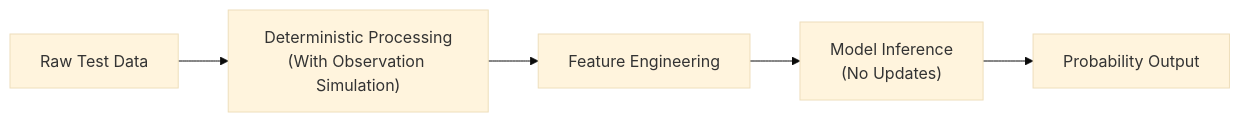
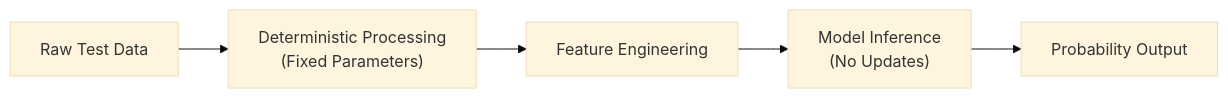
One commit to Pascal-Fortin/geoai_aquaculture changed the tenth of 10 diagrams in docs/architecture/training_pipeline.md. Above: the diagram before and after it, drawn with Mermaid (base theme). The commit also changed other lines of this file and 1 other file, not shown here.

````diff
--- a/docs/architecture/training_pipeline.md
+++ b/docs/architecture/training_pipeline.md
@@ -1254,7 +926,7 @@
 ```mermaid
 flowchart LR
-    A["Raw Test Data"] --> B["Deterministic Processing<br>(With Observation Simulation)"]
+    A["Raw Test Data"] --> B["Deterministic Processing<br>(Fixed Parameters)"]
     B --> C["Feature Engineering"]
     C --> D["Model Inference<br>(No Updates)"]
     D --> E["Probability Output"]
 ```
````
